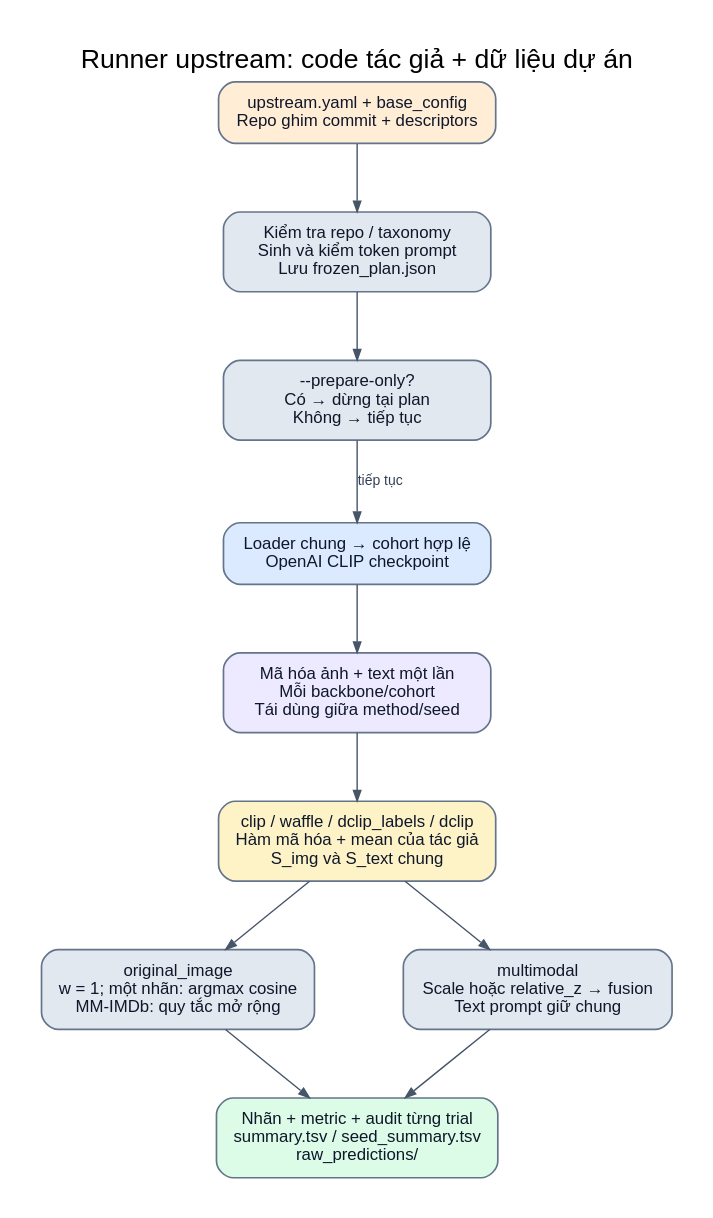
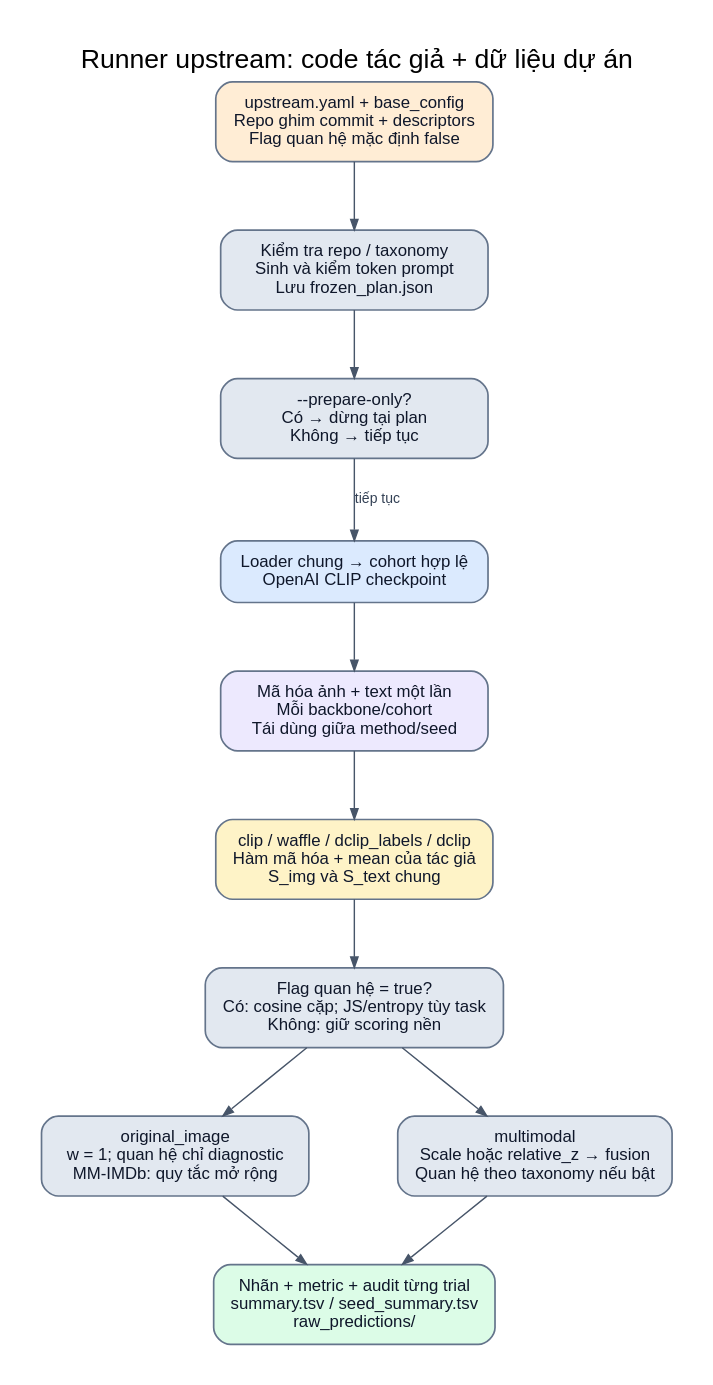
One commit to nguyenmanhhung3105/ZeroShot_Classification_Multimodal changed the diagram in docs/so_do_he_thong/so_do/12_upstream.dot. Above: the diagram before and after it, drawn with Graphviz. The commit also changed 48 other files, not shown here.

First line of the commit message:
feat: add optional image-text relation across experiment runners

```diff
--- a/docs/so_do_he_thong/so_do/12_upstream.dot
+++ b/docs/so_do_he_thong/so_do/12_upstream.dot
@@ -1,30 +1,32 @@
 digraph G {
 graph [rankdir=TB, bgcolor="white", fontname="Arial", fontsize=19,
   pad=0.3, nodesep=0.45, ranksep=0.65, splines=polyline,
   labelloc=t, label="Runner upstream: code tác giả + dữ liệu dự án"];
 node [shape=box, style="rounded,filled", fontname="Arial", fontsize=12,
   color="#64748b", fontcolor="#0f172a", penwidth=1.2,
   margin="0.18,0.12", width=2.65];
 edge [fontname="Arial", fontsize=10, color="#475569",
   fontcolor="#334155", arrowsize=0.75];
-cfg [label="upstream.yaml + base_config\nRepo ghim commit + descriptors", fillcolor="#ffedd5"];
+cfg [label="upstream.yaml + base_config\nRepo ghim commit + descriptors\nFlag quan hệ mặc định false", fillcolor="#ffedd5"];
 plan [label="Kiểm tra repo / taxonomy\nSinh và kiểm token prompt\nLưu frozen_plan.json", fillcolor="#e2e8f0"];
 prep [label="--prepare-only?\nCó → dừng tại plan\nKhông → tiếp tục", fillcolor="#e2e8f0"];
 input [label="Loader chung → cohort hợp lệ\nOpenAI CLIP checkpoint", fillcolor="#dbeafe"];
 encode [label="Mã hóa ảnh + text một lần\nMỗi backbone/cohort\nTái dùng giữa method/seed", fillcolor="#ede9fe"];
 score [label="clip / waffle / dclip_labels / dclip\nHàm mã hóa + mean của tác giả\nS_img và S_text chung", fillcolor="#fef3c7"];
-native [label="original_image\nw = 1; một nhãn: argmax cosine\nMM-IMDb: quy tắc mở rộng", fillcolor="#e2e8f0"];
-multi [label="multimodal\nScale hoặc relative_z → fusion\nText prompt giữ chung", fillcolor="#e2e8f0"];
+pair [label="Flag quan hệ = true?\nCó: cosine cặp; JS/entropy tùy task\nKhông: giữ scoring nền", fillcolor="#e2e8f0"];
+native [label="original_image\nw = 1; quan hệ chỉ diagnostic\nMM-IMDb: quy tắc mở rộng", fillcolor="#e2e8f0"];
+multi [label="multimodal\nScale hoặc relative_z → fusion\nQuan hệ theo taxonomy nếu bật", fillcolor="#e2e8f0"];
 out [label="Nhãn + metric + audit từng trial\nsummary.tsv / seed_summary.tsv\nraw_predictions/", fillcolor="#dcfce7"];
 cfg -> plan;
 plan -> prep;
 prep -> input [label="tiếp tục"];
 input -> encode;
 encode -> score;
-score -> native;
-score -> multi;
+score -> pair;
+pair -> native;
+pair -> multi;
 native -> out;
 multi -> out;
 {rank=same; native; multi;}
 native -> multi [style=invis, weight=100];
 }
```
